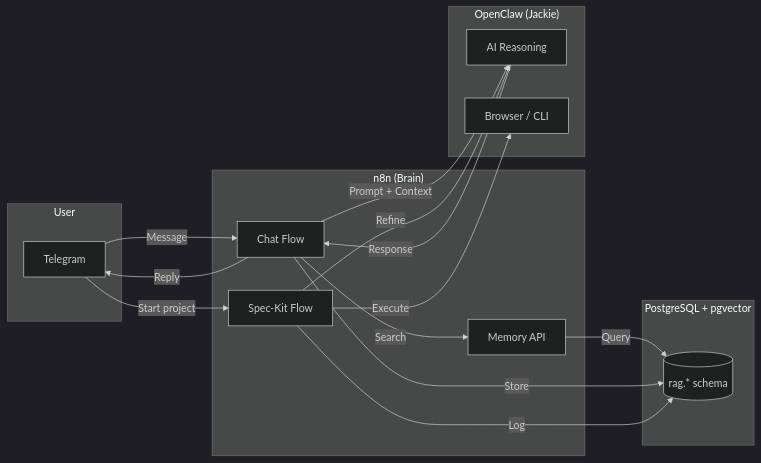
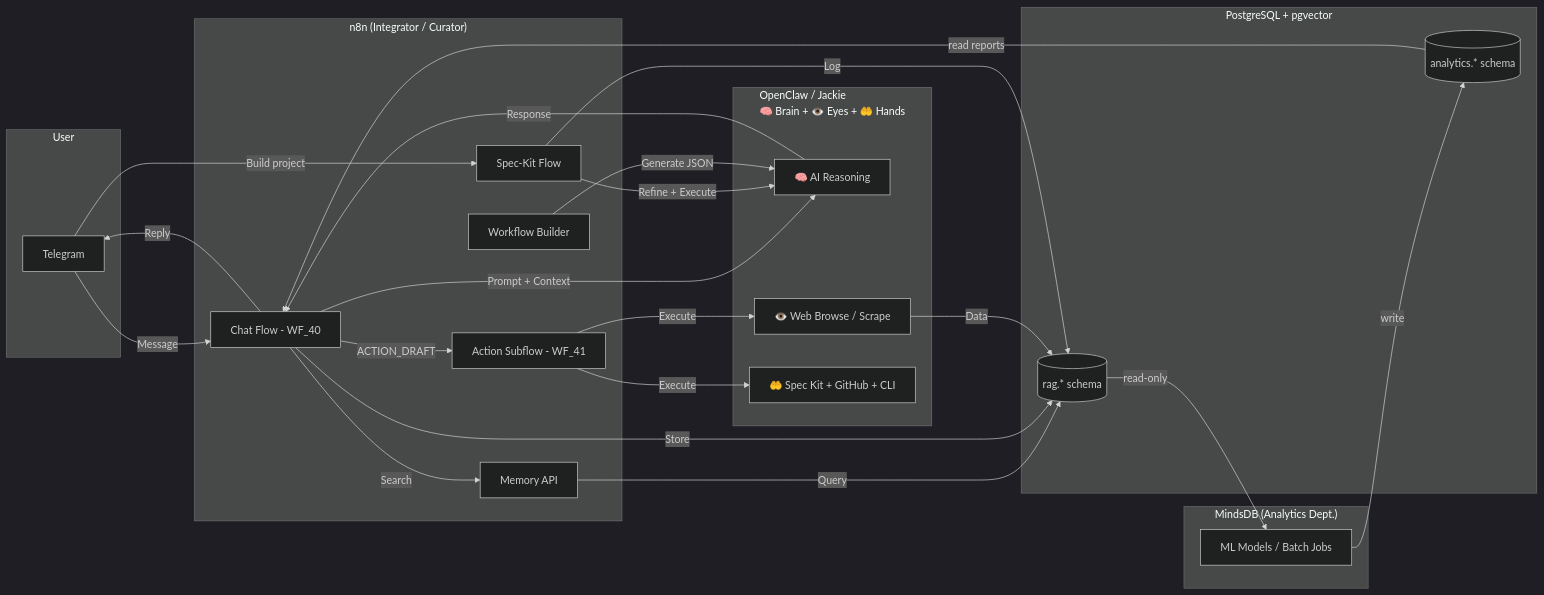
One commit to HonzaHezina/janAGI changed the diagram in README.md. Above: the diagram before and after it, drawn with Mermaid (dark theme). The commit also changed other lines of this file and 11 other files, not shown here.

First line of the commit message:
docs: align architecture to integrator/brain paradigm

````diff
--- a/README.md
+++ b/README.md
@@ -23,34 +23,53 @@
 ```mermaid
 flowchart LR
   subgraph User
     TG[Telegram]
   end
 
-  subgraph Orchestrator["n8n (Brain)"]
-    CHAT[Chat Flow]
+  subgraph Integrator["n8n (Integrator / Curator)"]
+    CHAT[Chat Flow - WF_40]
+    ACTION[Action Subflow - WF_41]
     SPEC[Spec-Kit Flow]
     MEM_API[Memory API]
+    BUILDER[Workflow Builder]
   end
 
   subgraph Data["PostgreSQL + pgvector"]
     RAG[(rag.* schema)]
+    ANA[(analytics.* schema)]
   end
 
-  subgraph Agent["OpenClaw (Jackie)"]
-    LLM[AI Reasoning]
-    TOOLS[Browser / CLI]
+  subgraph Agent["OpenClaw / Jackie
+  🧠 Brain + 👁️ Eyes + 🤲 Hands"]
+    LLM[🧠 AI Reasoning]
+    WEB[👁️ Web Browse / Scrape]
+    TOOLS[🤲 Spec Kit + GitHub + CLI]
+  end
+
+  subgraph Analytics["MindsDB (Analytics Dept.)"]
+    ML[ML Models / Batch Jobs]
   end
 
   TG -->|Message| CHAT
   CHAT -->|Search| MEM_API
   MEM_API -->|Query| RAG
   CHAT -->|Prompt + Context| LLM
   LLM -->|Response| CHAT
   CHAT -->|Store| RAG
   CHAT -->|Reply| TG
 
-  TG -->|"Start project"| SPEC
-  SPEC -->|Refine| LLM
-  SPEC -->|Execute| TOOLS
+  CHAT -->|ACTION_DRAFT| ACTION
+  ACTION -->|Execute| WEB
+  ACTION -->|Execute| TOOLS
+  WEB -->|Data| RAG
+
+  TG -->|"Build project"| SPEC
+  SPEC -->|Refine + Execute| LLM
   SPEC -->|Log| RAG
+
+  BUILDER -->|Generate JSON| LLM
+
+  RAG -->|read-only| ML
+  ML -->|write| ANA
+  ANA -->|read reports| CHAT
 ```
````
